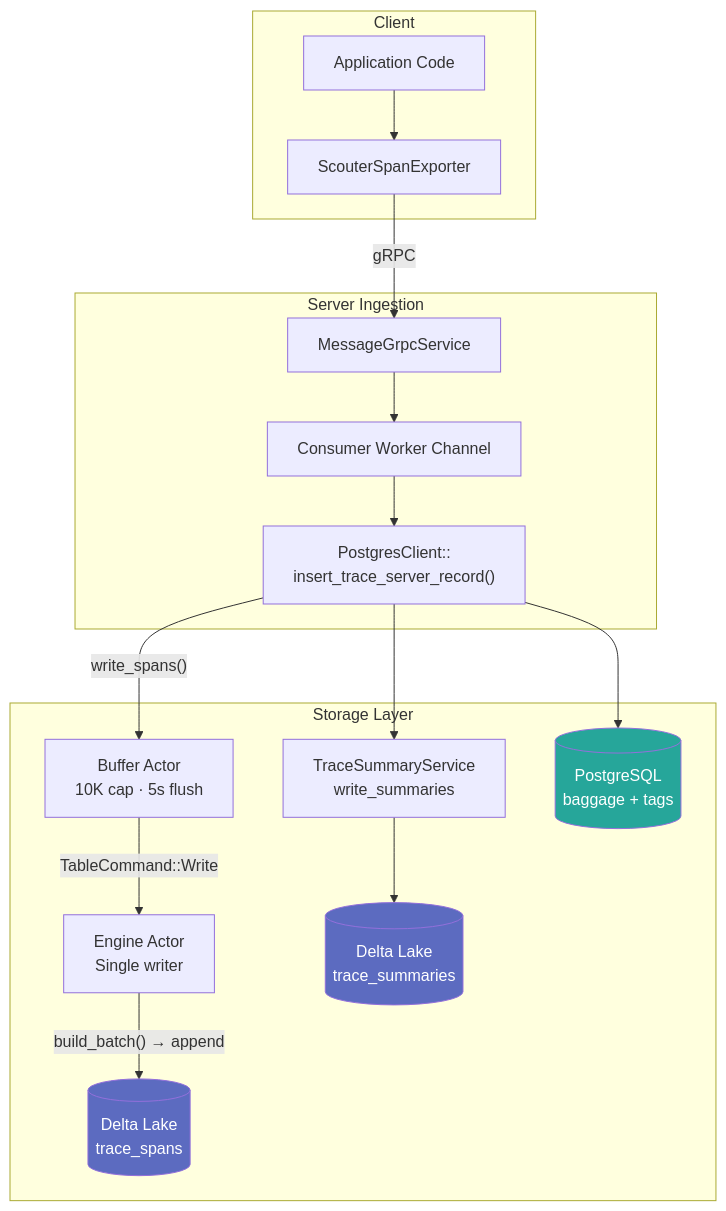
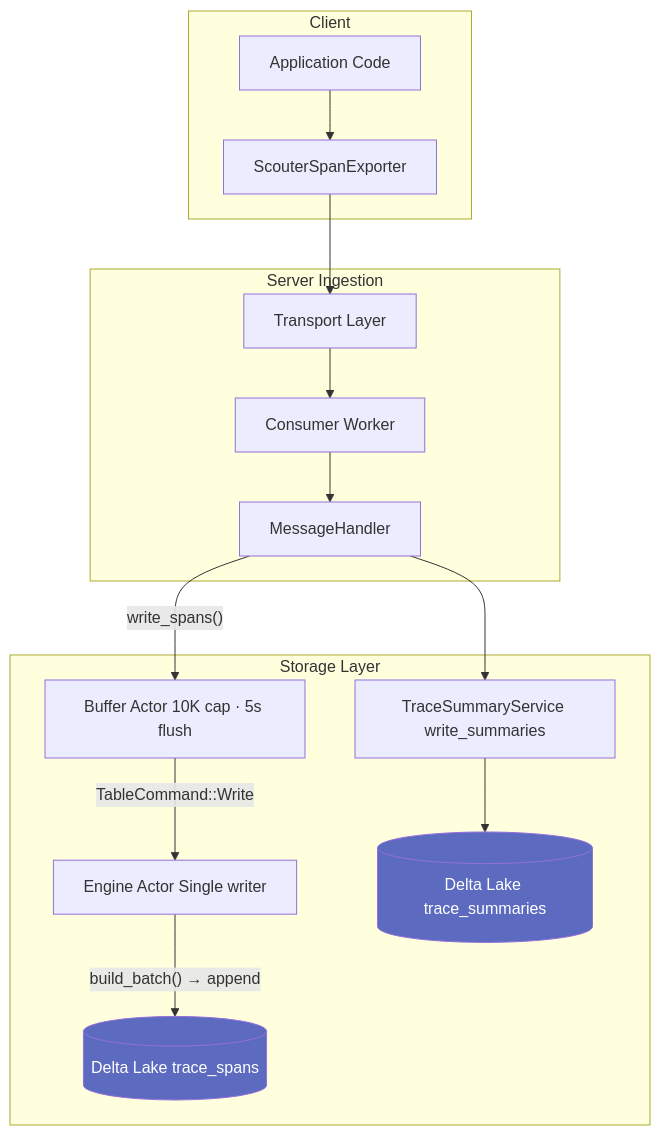
Before and after one commit to demml/scouter: the diagram in py-scouter/docs/docs/tracing/storage-architecture.md, drawn with Mermaid. The commit also changed other lines of this file and 5 other files, not shown here.

````diff
--- a/py-scouter/docs/docs/tracing/storage-architecture.md
+++ b/py-scouter/docs/docs/tracing/storage-architecture.md
@@ -9,27 +9,24 @@
 ```mermaid
 graph TB
     subgraph "Client"
         A[Application Code] --> B[ScouterSpanExporter]
     end
 
     subgraph "Server Ingestion"
-        B -->|gRPC| C[MessageGrpcService]
-        C --> D[Consumer Worker Channel]
-        D --> E["PostgresClient::\ninsert_trace_server_record()"]
+        B --> C[Transport Layer]
+        C --> D[Consumer Worker]
+        D --> E[MessageHandler]
     end
 
     subgraph "Storage Layer"
-        E -->|"write_spans()"| F[Buffer Actor\n10K cap · 5s flush]
-        F -->|"TableCommand::Write"| G[Engine Actor\nSingle writer]
-        G -->|"build_batch() → append"| H[(Delta Lake\ntrace_spans)]
+        E -->|"write_spans()"| F[Buffer Actor 10K cap · 5s flush]
+        F -->|"TableCommand::Write"| G[Engine Actor Single writer]
+        G -->|"build_batch() → append"| H[(Delta Lake trace_spans)]
 
-        E --> I[TraceSummaryService\nwrite_summaries]
-        I --> J[(Delta Lake\ntrace_summaries)]
-
-        E --> K[(PostgreSQL\nbaggage + tags)]
+        E --> I[TraceSummaryService write_summaries]
+        I --> J[(Delta Lake trace_summaries)]
     end
 
     style H fill:#5c6bc0,color:#fff
     style J fill:#5c6bc0,color:#fff
-    style K fill:#26a69a,color:#fff
 ```
````
